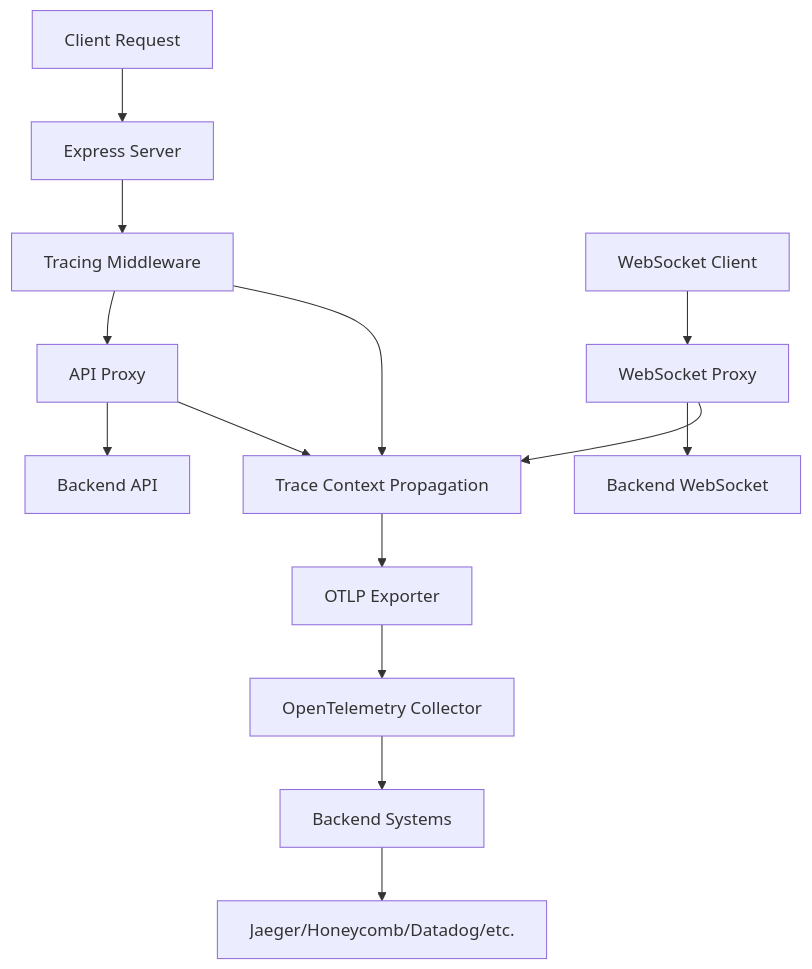
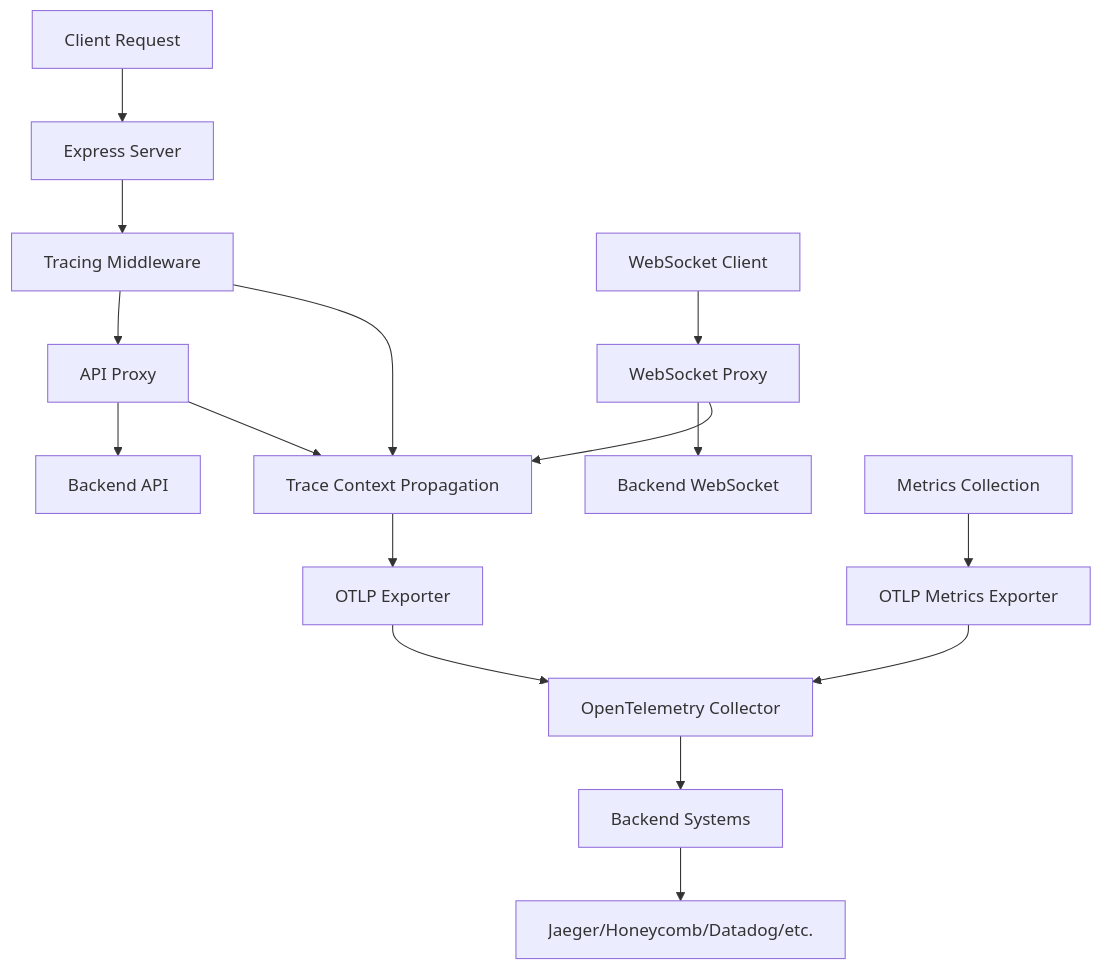
One commit to zensor-iot/zensor-ui changed the diagram in docs/OPENTELEMETRY_TRACING.md. Above: the diagram before and after it, drawn with Mermaid. The commit also changed other lines of this file and 9 other files, not shown here.

````diff
--- a/docs/OPENTELEMETRY_TRACING.md
+++ b/docs/OPENTELEMETRY_TRACING.md
@@ -15,19 +16,22 @@
 ```mermaid
 graph TD
     A[Client Request] --> B[Express Server]
     B --> C[Tracing Middleware]
     C --> D[API Proxy]
     D --> E[Backend API]
     
     F[WebSocket Client] --> G[WebSocket Proxy]
     G --> H[Backend WebSocket]
     
     C --> I[Trace Context Propagation]
     D --> I
     G --> I
     
     I --> J[OTLP Exporter]
     J --> K[OpenTelemetry Collector]
     K --> L[Backend Systems]
     L --> M[Jaeger/Honeycomb/Datadog/etc.]
+    
+    N[Metrics Collection] --> O[OTLP Metrics Exporter]
+    O --> K
 ```
````
